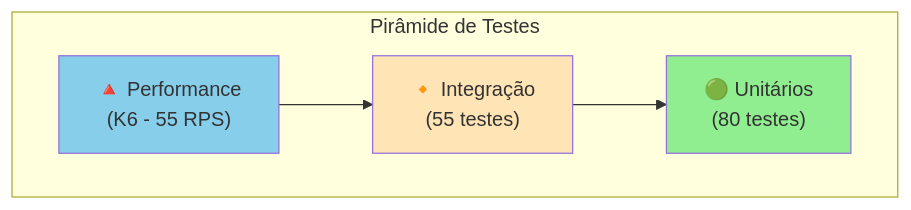
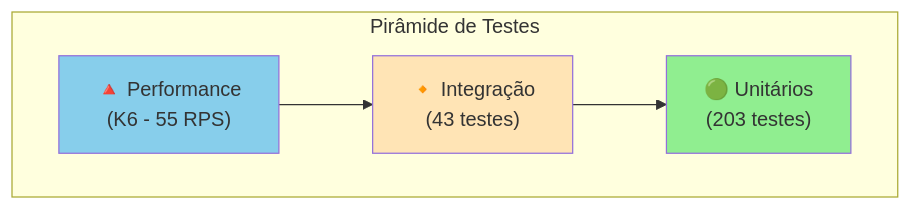
One commit to nelson1987/desafio-cashflow changed the first of 2 diagrams in docs/TESTES.md. Above: the diagram before and after it, drawn with Mermaid. The commit also changed other lines of this file and 3 other files, not shown here.

````diff
--- a/docs/TESTES.md
+++ b/docs/TESTES.md
@@ -18,15 +18,15 @@
 ```mermaid
 graph TB
     subgraph Pirâmide["Pirâmide de Testes"]
         Perf["🔺 Performance<br/>(K6 - 55 RPS)"]
-        Integration["🔸 Integração<br/>(55 testes)"]
-        Unit["🟢 Unitários<br/>(80 testes)"]
+        Integration["🔸 Integração<br/>(43 testes)"]
+        Unit["🟢 Unitários<br/>(203 testes)"]
     end
     
     Perf --> Integration
     Integration --> Unit
     
     style Unit fill:#90EE90
     style Integration fill:#FFE4B5
     style Perf fill:#87CEEB
 ```
````
